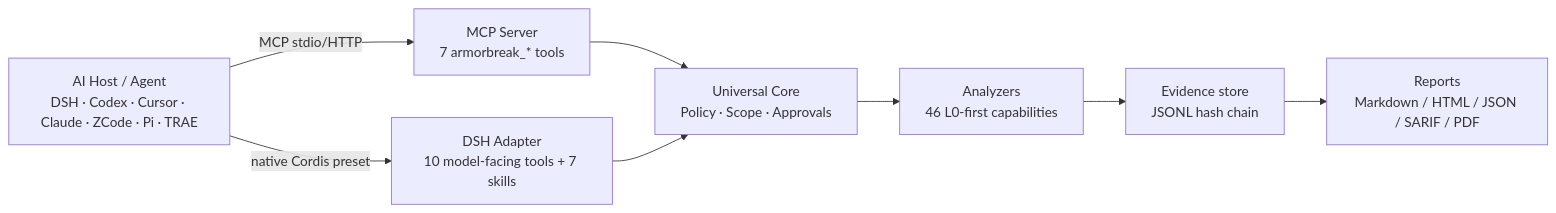
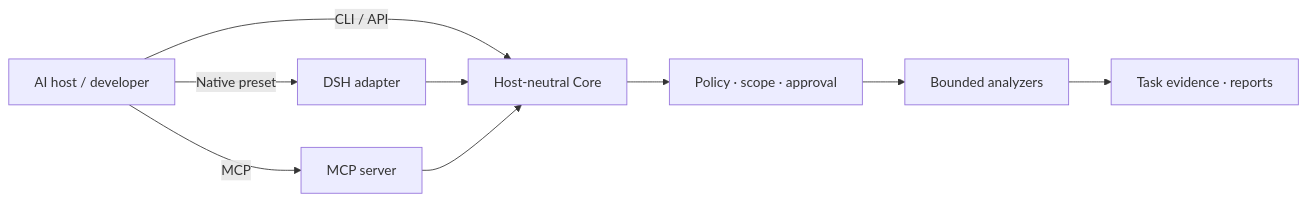
One commit to LYL-Z/dsh-armorbreak changed the diagram in README.md. Above: the diagram before and after it, drawn with Mermaid. The commit also changed other lines of this file and 3 other files, not shown here.

````diff
--- a/README.md
+++ b/README.md
@@ -197,10 +103,11 @@
 ```mermaid
 flowchart LR
-  Host["AI Host / Agent<br/>DSH · Codex · Cursor · Claude · ZCode · Pi · TRAE"] -->|MCP stdio/HTTP| MCP["MCP Server<br/>7 armorbreak_* tools"]
-  Host -->|native Cordis preset| DSH["DSH Adapter<br/>10 model-facing tools + 7 skills"]
-  MCP --> Core["Universal Core<br/>Policy · Scope · Approvals"]
-  DSH --> Core
-  Core --> Analyzers["Analyzers<br/>46 L0-first capabilities"]
-  Analyzers --> Evidence["Evidence store<br/>JSONL hash chain"]
-  Evidence --> Report["Reports<br/>Markdown / HTML / JSON / SARIF / PDF"]
+  A["AI host / developer"] -->|Native preset| B["DSH adapter"]
+  A -->|MCP| C["MCP server"]
+  A -->|CLI / API| D["Host-neutral Core"]
+  B --> D
+  C --> D
+  D --> E["Policy · scope · approval"]
+  E --> F["Bounded analyzers"]
+  F --> G["Task evidence · reports"]
 ```
````
